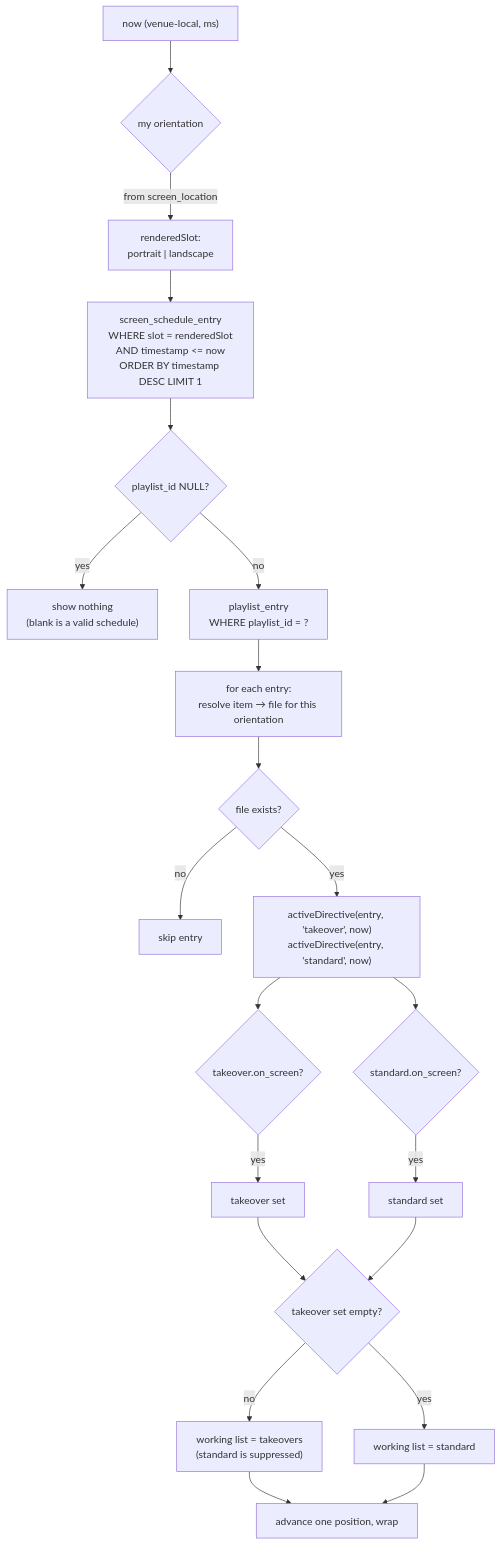
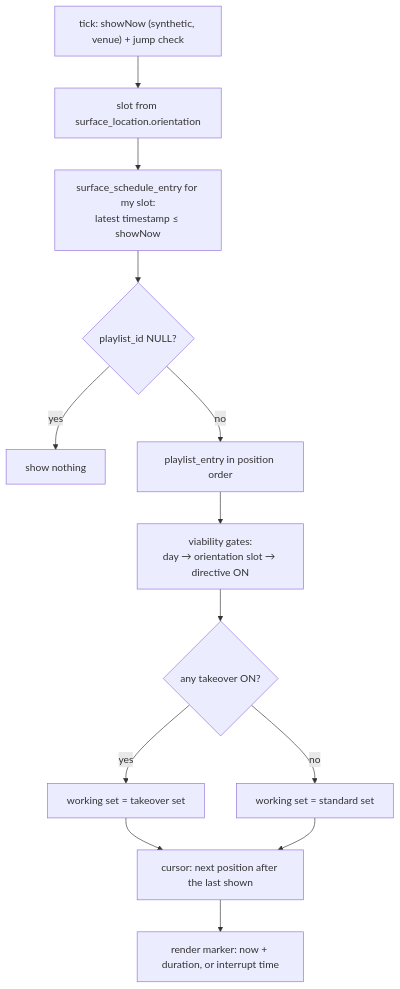
The second of 3 diagrams in README.md (Mountain-View-Staging/marquee-cartridge-spec), drawn with Mermaid before and after one commit. The commit also changed other lines of this file and 1 other file, not shown here.

````diff
--- a/README.md
+++ b/README.md
@@ -505,23 +460,15 @@
 ```mermaid
 flowchart TD
-    A["now (venue-local, ms)"] --> B{"my orientation"}
-    B -->|from screen_location| C["renderedSlot:<br/>portrait | landscape"]
-    C --> D["screen_schedule_entry<br/>WHERE slot = renderedSlot<br/>AND timestamp &lt;= now<br/>ORDER BY timestamp DESC LIMIT 1"]
-    D --> E{"playlist_id NULL?"}
-    E -->|yes| F["show nothing<br/>(blank is a valid schedule)"]
-    E -->|no| G["playlist_entry<br/>WHERE playlist_id = ?"]
-    G --> H["for each entry:<br/>resolve item → file for this orientation"]
-    H --> I{"file exists?"}
-    I -->|no| J["skip entry"]
-    I -->|yes| K["activeDirective(entry, 'takeover', now)<br/>activeDirective(entry, 'standard', now)"]
-    K --> L{"takeover.on_screen?"}
-    L -->|yes| M["takeover set"]
-    K --> N{"standard.on_screen?"}
-    N -->|yes| O["standard set"]
-    M --> P{"takeover set empty?"}
-    O --> P
-    P -->|no| Q["working list = takeovers<br/>(standard is suppressed)"]
-    P -->|yes| R["working list = standard"]
-    Q --> S["advance one position, wrap"]
-    R --> S
+    A["tick: showNow (synthetic, venue) + jump check"] --> B["slot from surface_location.orientation"]
+    B --> C["surface_schedule_entry for my slot:<br/>latest timestamp ≤ showNow"]
+    C --> D{"playlist_id NULL?"}
+    D -->|yes| E["show nothing"]
+    D -->|no| F["playlist_entry in position order"]
+    F --> G["viability gates:<br/>day → orientation slot → directive ON"]
+    G --> H{"any takeover ON?"}
+    H -->|yes| I["working set = takeover set"]
+    H -->|no| J["working set = standard set"]
+    I --> K["cursor: next position after the last shown"]
+    J --> K
+    K --> L["render marker: now + duration, or interrupt time"]
 ```
````
